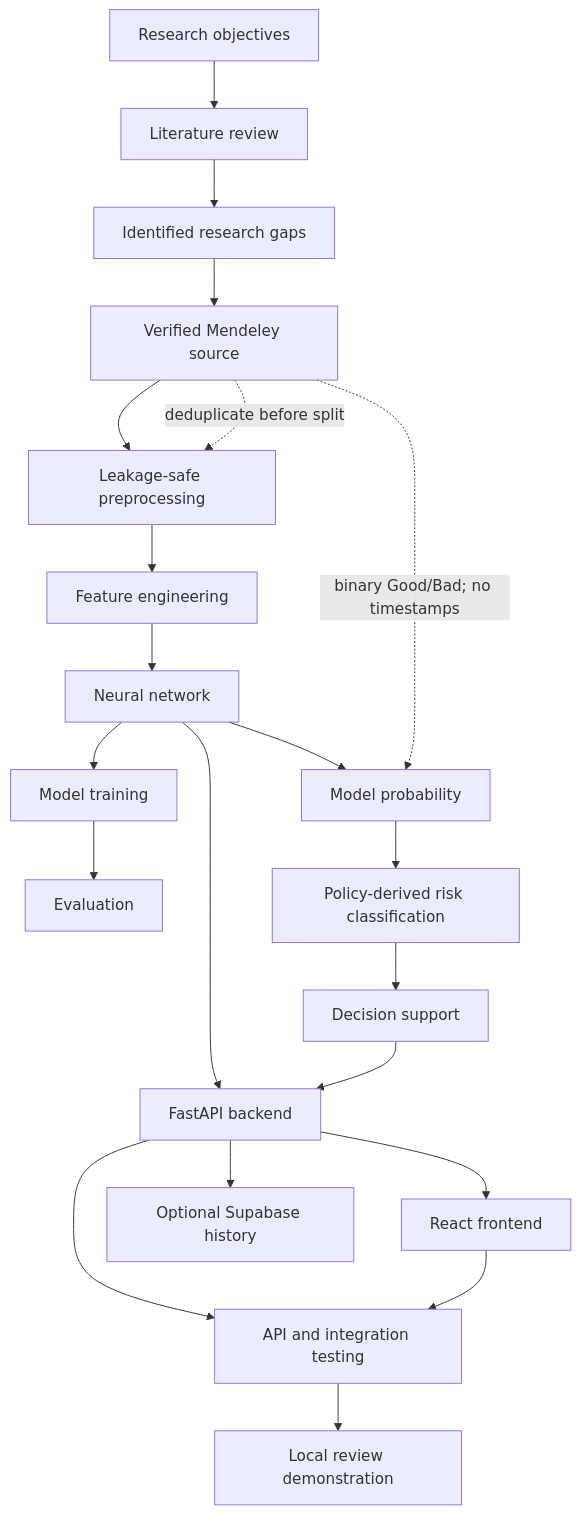
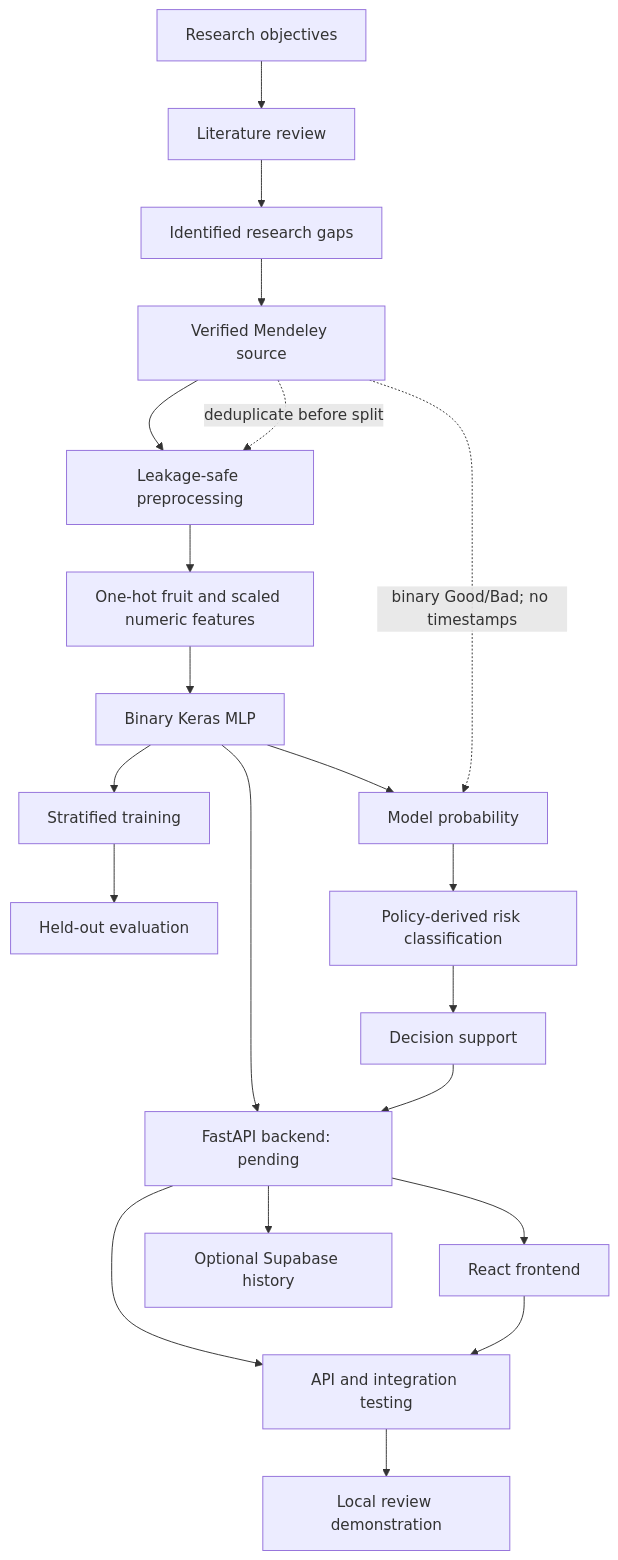
One commit to KapArnav/food-spoilage-risk-prediction changed the diagram in docs/project_graph.mmd. Above: the diagram before and after it, drawn with Mermaid. The commit also changed 21 other files, not shown here.

Commit message:
feat: train initial keras neural network

```diff
--- a/docs/project_graph.mmd
+++ b/docs/project_graph.mmd
@@ -1,21 +1,21 @@
 flowchart TD
     objectives[Research objectives] --> literature[Literature review]
     literature --> gaps[Identified research gaps]
     gaps --> dataset[Verified Mendeley source]
     dataset --> preprocessing[Leakage-safe preprocessing]
-    preprocessing --> features[Feature engineering]
-    features --> neural[Neural network]
-    neural --> training[Model training]
-    training --> evaluation[Evaluation]
+    preprocessing --> features[One-hot fruit and scaled numeric features]
+    features --> neural[Binary Keras MLP]
+    neural --> training[Stratified training]
+    training --> evaluation[Held-out evaluation]
     neural --> probability[Model probability]
     probability --> risk[Policy-derived risk classification]
     risk --> decision[Decision support]
-    neural --> backend[FastAPI backend]
+    neural --> backend[FastAPI backend: pending]
     decision --> backend
     backend --> frontend[React frontend]
     backend --> supabase[Optional Supabase history]
     backend --> testing[API and integration testing]
     frontend --> testing
     testing --> deployment[Local review demonstration]
     dataset -.->|binary Good/Bad; no timestamps| probability
     dataset -.->|deduplicate before split| preprocessing
```
